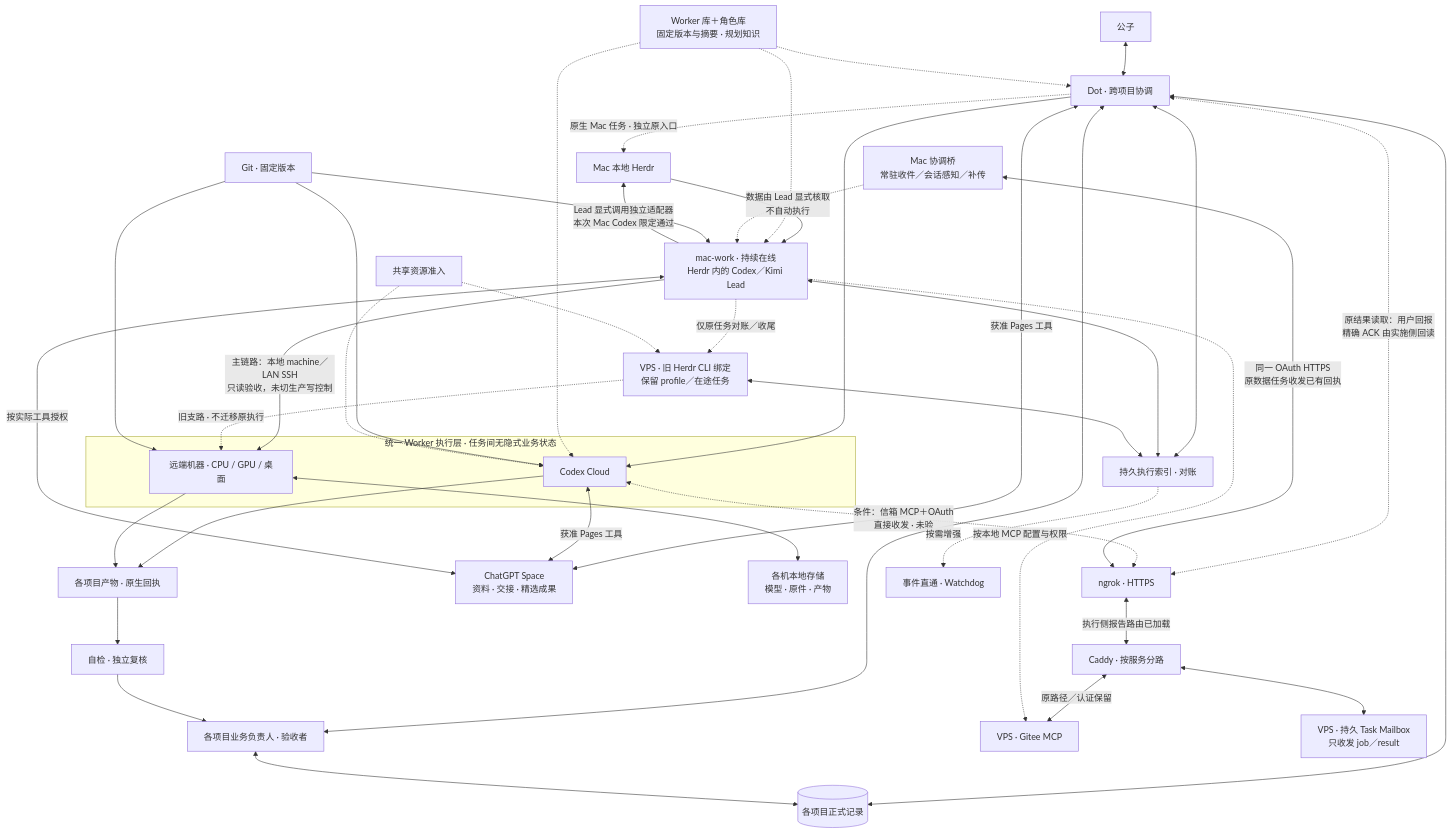
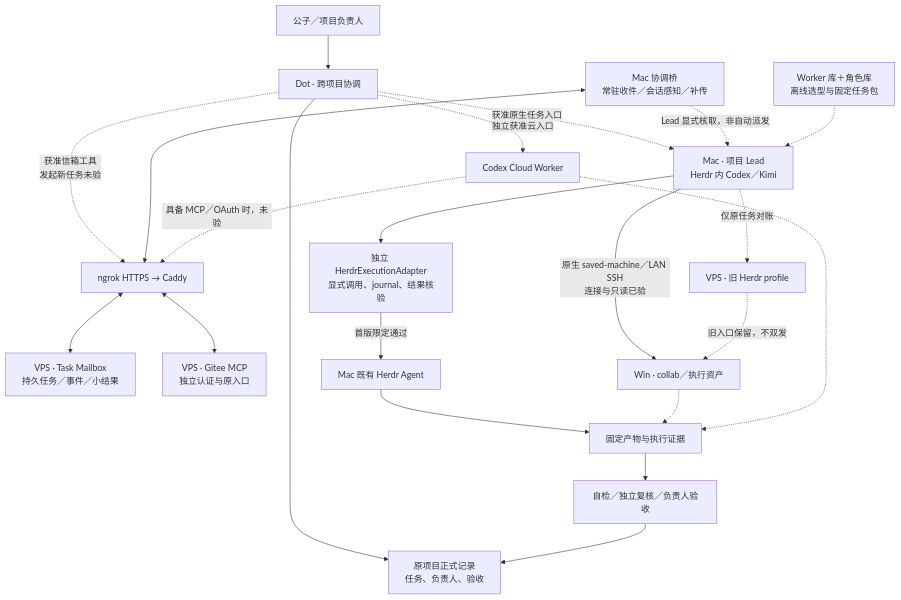
The diagram in docs/architecture.md (CF-FE/herdr-4-codexcloud), drawn with Mermaid before and after one commit. The commit also changed other lines of this file and 2 other files, not shown here.

Commit message:
docs: consolidate architecture network and VPS ownership

````diff
--- a/docs/architecture.md
+++ b/docs/architecture.md
@@ -53,46 +41,24 @@
 ```mermaid
 flowchart TD
-    U["公子"] <--> D["Dot · 跨项目协调"]
-    D <--> O["各项目业务负责人 · 验收者"]
-    D <--> P[("各项目正式记录")]
-    O <--> P
-    D -.->|"原生 Mac 任务 · 独立原入口"| H["Mac 本地 Herdr"]
-    H --> A["mac-work · 持续在线<br/>Herdr 内的 Codex／Kimi Lead"]
-    subgraph POOL["统一 Worker 执行层 · 任务间无隐式业务状态"]
-        C["Codex Cloud"]
-        M["远端机器 · CPU / GPU / 桌面"]
-    end
-    D --> C
-    K["Worker 库＋角色库<br/>固定版本与摘要 · 规划知识"] -.-> D
-    K -.-> A
-    K -.-> C
-    A -->|"主链路：本地 machine／LAN SSH<br/>只读验收，未切生产写控制"| M
-    A -.->|"仅原任务对账／收尾"| V["VPS · 旧 Herdr CLI 绑定<br/>保留 profile／在途任务"]
-    V -.->|"旧支路 · 不迁移原执行"| M
-    D <-.->|"原结果读取：用户回报<br/>精确 ACK 由实施侧回读"| NG["ngrok · HTTPS"]
-    C <-.->|"条件：信箱 MCP＋OAuth<br/>直接收发 · 未验"| NG
-    NG <-->|"执行侧报告路由已加载"| RT["Caddy · 按服务分路"]
-    RT <-->|"原路径／认证保留"| VS["VPS · Gitee MCP"]
-    RT <--> MB["VPS · 持久 Task Mailbox<br/>只收发 job／result"]
-    MC["Mac 协调桥<br/>常驻收件／会话感知／补传"] <-->|"同一 OAuth HTTPS<br/>原数据任务收发已有回执"| NG
-    MC -.->|"数据由 Lead 显式核取<br/>不自动执行"| A
-    A -->|"Lead 显式调用独立适配器<br/>本次 Mac Codex 限定通过"| H
-    A -.->|"按本地 MCP 配置与权限"| VS
-    D <-->|"获准 Pages 工具"| SP["ChatGPT Space<br/>资料 · 交接 · 精选成果"]
-    C <-->|"获准 Pages 工具"| SP
-    A <-->|"按实际工具授权"| SP
-    G["Git · 固定版本"] --> C
-    G --> A
-    G --> M
-    M <--> L["各机本地存储<br/>模型 · 原件 · 产物"]
-    C --> R["各项目产物 · 原生回执"]
-    M --> R
-    R --> Q["自检 · 独立复核"]
-    Q --> O
-    D <--> I["持久执行索引 · 对账"]
-    A <--> I
-    V <--> I
-    S["共享资源准入"] -.-> C
-    S -.-> V
-    I -.按需增强.-> W["事件直通 · Watchdog"]
+    U["公子／项目负责人"] --> D["Dot · 跨项目协调"]
+    D --> R["原项目正式记录<br/>任务、负责人、验收"]
+    D -.->|"获准原生任务入口"| L["Mac · 项目 Lead<br/>Herdr 内 Codex／Kimi"]
+    D -.->|"获准信箱工具<br/>发起新任务未验"| HTTPS["ngrok HTTPS → Caddy"]
+    HTTPS <--> MB["VPS · Task Mailbox<br/>持久任务／事件／小结果"]
+    HTTPS <--> GT["VPS · Gitee MCP<br/>独立认证与原入口"]
+    B["Mac 协调桥<br/>常驻收件／会话感知／补传"] <--> HTTPS
+    B -.->|"Lead 显式核取，非自动派发"| L
+    K["Worker 库＋角色库<br/>离线选型与固定任务包"] -.-> L
+    L --> E["独立 HerdrExecutionAdapter<br/>显式调用、journal、结果核验"]
+    E -->|"首版限定通过"| A["Mac 既有 Herdr Agent"]
+    L -->|"原生 saved-machine／LAN SSH<br/>连接与只读已验"| W["Win · collab／执行资产"]
+    L -.->|"仅原任务对账"| V["VPS · 旧 Herdr profile"]
+    V -.->|"旧入口保留，不双发"| W
+    D -.->|"独立获准云入口"| C["Codex Cloud Worker"]
+    C -.->|"具备 MCP／OAuth 时，未验"| HTTPS
+    A --> F["固定产物与执行证据"]
+    W -.-> F
+    C -.-> F
+    F --> Q["自检／独立复核／负责人验收"]
+    Q --> R
 ```
````
